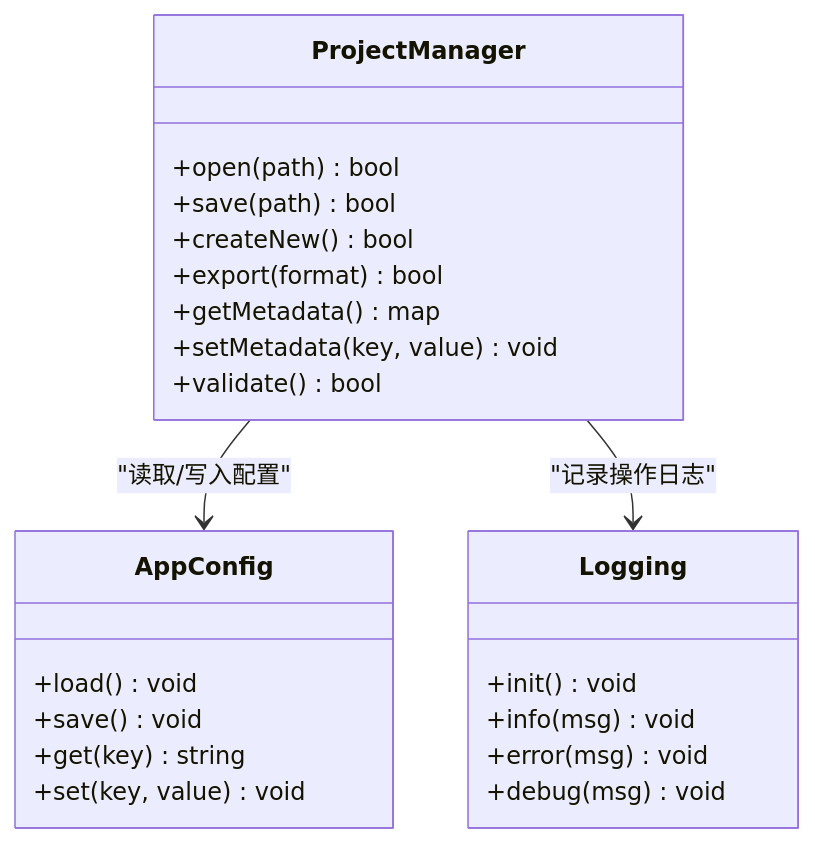
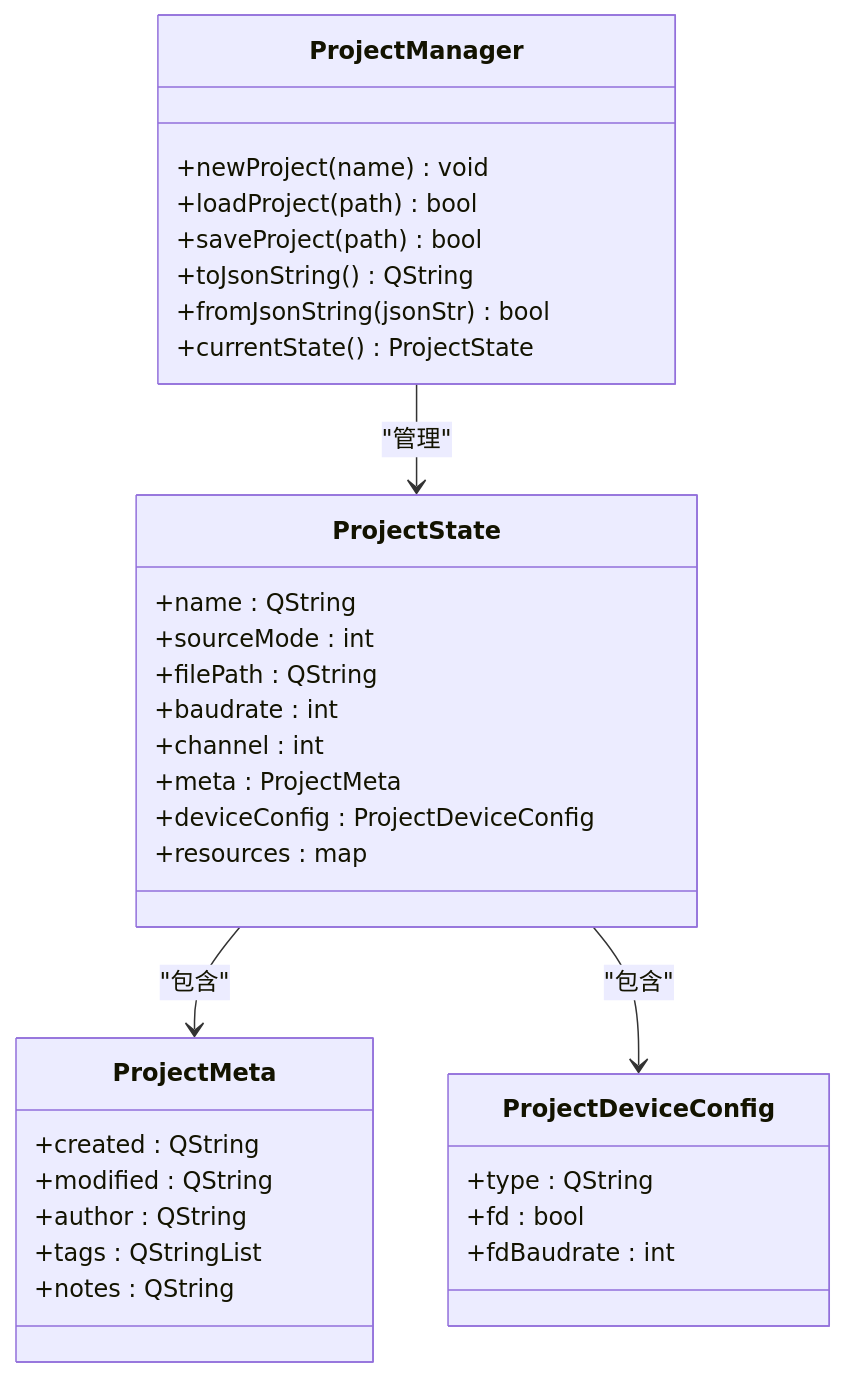
The third of 12 diagrams in .qoder/repowiki/zh/content/核心模块详解/项目管理系统.md (jakecai1225-design/OpenBus), drawn with Mermaid before and after one commit. The commit also changed other lines of this file and 34 other files, not shown here.

Commit message:
工程，flow，dbc操作

````diff
--- a/.qoder/repowiki/zh/content/核心模块详解/项目管理系统.md
+++ b/.qoder/repowiki/zh/content/核心模块详解/项目管理系统.md
@@ -147,26 +180,36 @@
 ```mermaid
 classDiagram
 class ProjectManager {
-+open(path) bool
-+save(path) bool
-+createNew() bool
-+export(format) bool
-+getMetadata() map
-+setMetadata(key, value) void
-+validate() bool
++newProject(name) void
++loadProject(path) bool
++saveProject(path) bool
++toJsonString() QString
++fromJsonString(jsonStr) bool
++currentState() ProjectState
 }
-class AppConfig {
-+load() void
-+save() void
-+get(key) string
-+set(key, value) void
+class ProjectMeta {
++created : QString
++modified : QString
++author : QString
++tags : QStringList
++notes : QString
 }
-class Logging {
-+init() void
-+info(msg) void
-+error(msg) void
-+debug(msg) void
+class ProjectDeviceConfig {
++type : QString
++fd : bool
++fdBaudrate : int
 }
-ProjectManager --> AppConfig : "读取/写入配置"
-ProjectManager --> Logging : "记录操作日志"
+class ProjectState {
++name : QString
++sourceMode : int
++filePath : QString
++baudrate : int
++channel : int
++meta : ProjectMeta
++deviceConfig : ProjectDeviceConfig
++resources : map
+}
+ProjectManager --> ProjectState : "管理"
+ProjectState --> ProjectMeta : "包含"
+ProjectState --> ProjectDeviceConfig : "包含"
 ```
````
